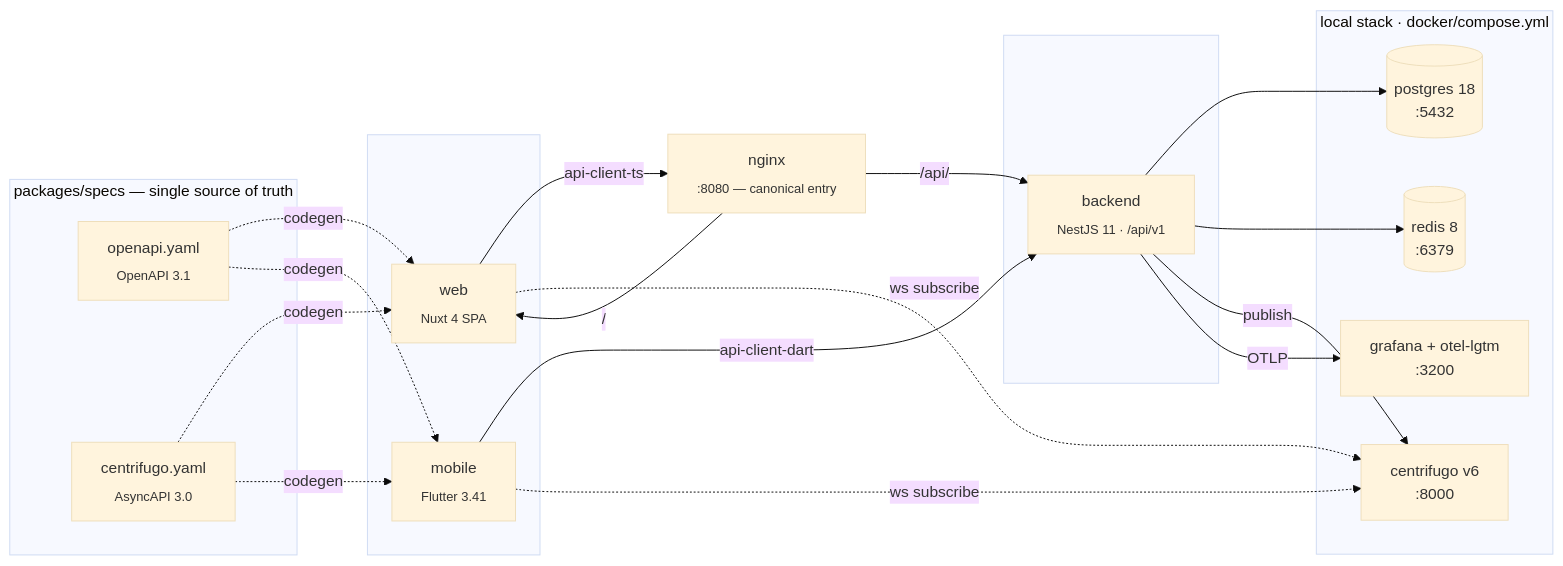
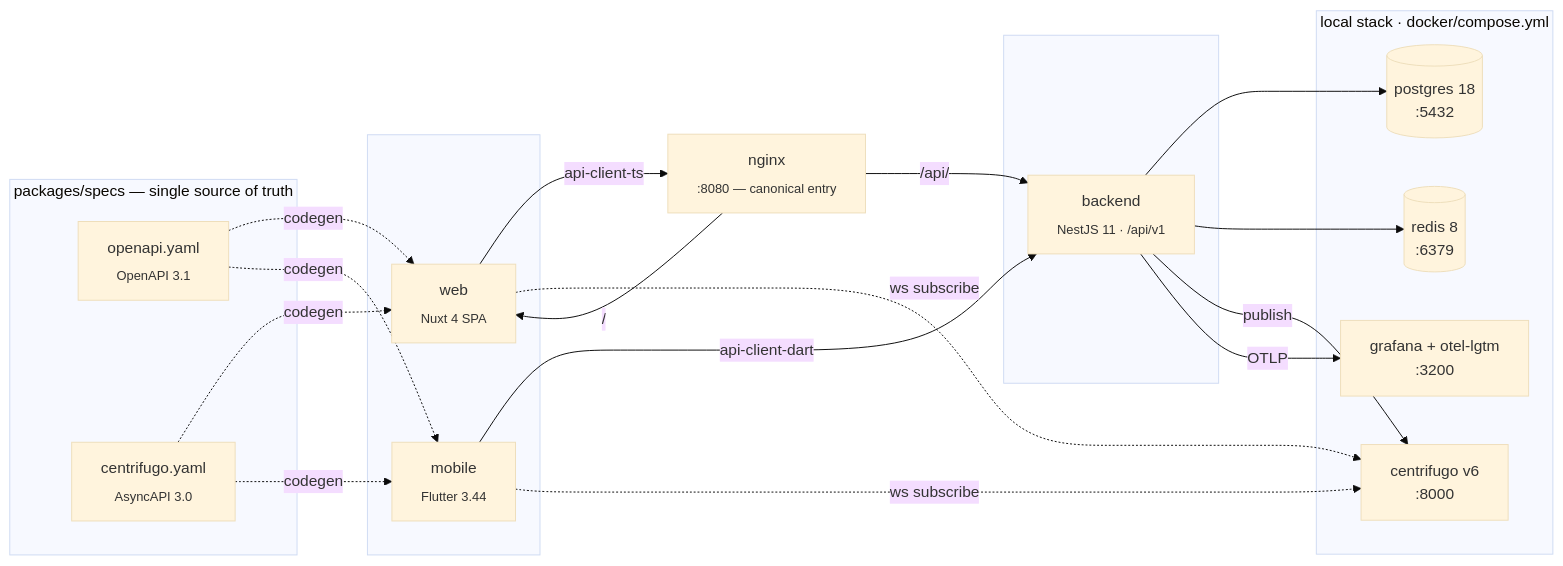
The diagram in README.md (kkucherenkov/course_shelf), drawn with Mermaid (base theme) before and after one commit. The commit also changed other lines of this file and 4 other files, not shown here.

````diff
--- a/README.md
+++ b/README.md
@@ -22,41 +22,41 @@
 ```mermaid
 flowchart LR
   subgraph clients[" "]
     web["web<br/><sub>Nuxt 4 SPA</sub>"]
-    mobile["mobile<br/><sub>Flutter 3.41</sub>"]
+    mobile["mobile<br/><sub>Flutter 3.44</sub>"]
   end
 
   nginx["nginx<br/><sub>:8080 — canonical entry</sub>"]
 
   subgraph backend_group[" "]
     backend["backend<br/><sub>NestJS 11 · /api/v1</sub>"]
   end
 
   subgraph infra["local stack · docker/compose.yml"]
     postgres[("postgres 18<br/>:5432")]
     redis[("redis 8<br/>:6379")]
     centrifugo["centrifugo v6<br/>:8000"]
     otel["grafana + otel-lgtm<br/>:3200"]
   end
 
   subgraph contracts["packages/specs — single source of truth"]
     openapi["openapi.yaml<br/><sub>OpenAPI 3.1</sub>"]
     asyncapi["centrifugo.yaml<br/><sub>AsyncAPI 3.0</sub>"]
   end
 
   web -->|"api-client-ts"| nginx
   mobile -->|"api-client-dart"| backend
   nginx -->|"/api/"| backend
   nginx -->|"/"| web
   web -.->|"ws subscribe"| centrifugo
   mobile -.->|"ws subscribe"| centrifugo
   backend --> postgres
   backend --> redis
   backend -->|"publish"| centrifugo
   backend -->|"OTLP"| otel
 
   openapi -. "codegen" .-> web
   openapi -. "codegen" .-> mobile
   asyncapi -. "codegen" .-> web
   asyncapi -. "codegen" .-> mobile
 ```
````
